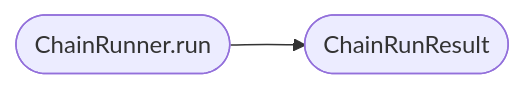
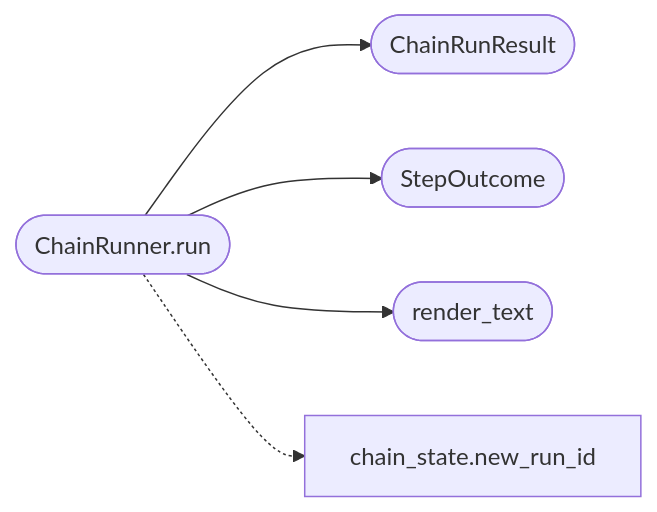
One commit to grisuno/LazyOwn changed the second of 2 diagrams in readmenator-apidocs/modules/modules.chain_runner.py.md. Above: the diagram before and after it, drawn with Mermaid. The commit also changed other lines of this file and 422 other files, not shown here.

````diff
--- a/readmenator-apidocs/modules/modules.chain_runner.py.md
+++ b/readmenator-apidocs/modules/modules.chain_runner.py.md
@@ -59,6 +76,12 @@
 ```mermaid
 flowchart LR
     n_modules_chain_runner_py__ChainRunner_run(["ChainRunner.run"])
     n_modules_chain_runner_py__ChainRunResult(["ChainRunResult"])
+    n_modules_chain_runner_py__StepOutcome(["StepOutcome"])
+    n_modules_chain_runner_py__render_text(["render_text"])
+    n_modules_chain_state_py__new_run_id["chain_state.new_run_id"]
     n_modules_chain_runner_py__ChainRunner_run --> n_modules_chain_runner_py__ChainRunResult
+    n_modules_chain_runner_py__ChainRunner_run --> n_modules_chain_runner_py__StepOutcome
+    n_modules_chain_runner_py__ChainRunner_run --> n_modules_chain_runner_py__render_text
+    n_modules_chain_runner_py__ChainRunner_run -.-> n_modules_chain_state_py__new_run_id
 ```
````
